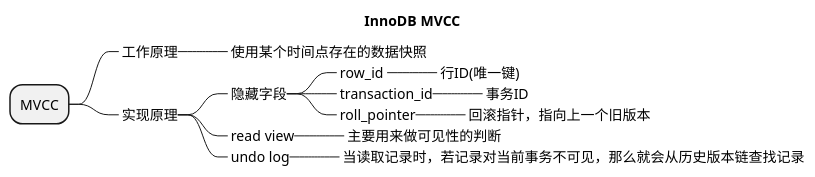
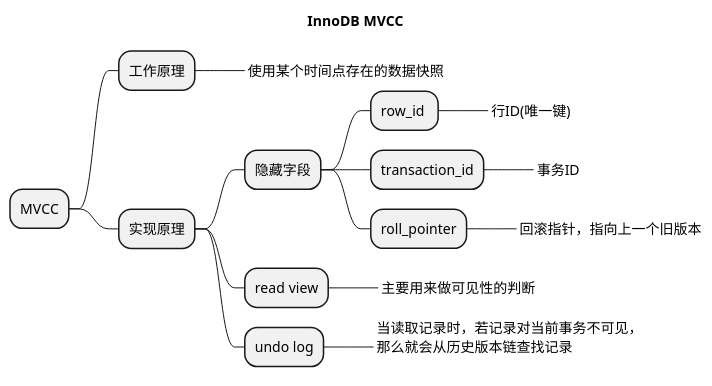
One commit to yayaa-uuu/study changed the fifth of 9 diagrams in 面试/数据库/mysql/mysql.md. Above: the diagram before and after it, drawn with PlantUML. The commit also changed other lines of this file, not shown here.

````diff
--- a/面试/数据库/mysql/mysql.md
+++ b/面试/数据库/mysql/mysql.md
@@ -238,26 +208,24 @@
 ```plantuml
 @startmindmap
 title InnoDB MVCC
 
 * MVCC
-**_ 工作原理
+** 工作原理
 ***_ 使用某个时间点存在的数据快照
 
-**_ 实现原理
-***_ 隐藏字段
-****_ row_id 
+** 实现原理
+*** 隐藏字段
+**** row_id 
 *****_ 行ID(唯一键)    
-****_ transaction_id
+**** transaction_id
 *****_ 事务ID
-****_ roll_pointer
+**** roll_pointer
 *****_ 回滚指针，指向上一个旧版本
-***_ read view
+*** read view
 ****_ 主要用来做可见性的判断
-***_ undo log
-****_ 当读取记录时，若记录对当前事务不可见，那么就会从历史版本链查找记录   
-
-
-
-
+*** undo log
+****_:当读取记录时，若记录对当前事务不可见，
+那么就会从历史版本链查找记录   
+;
 @endmindmap
 ```
````
